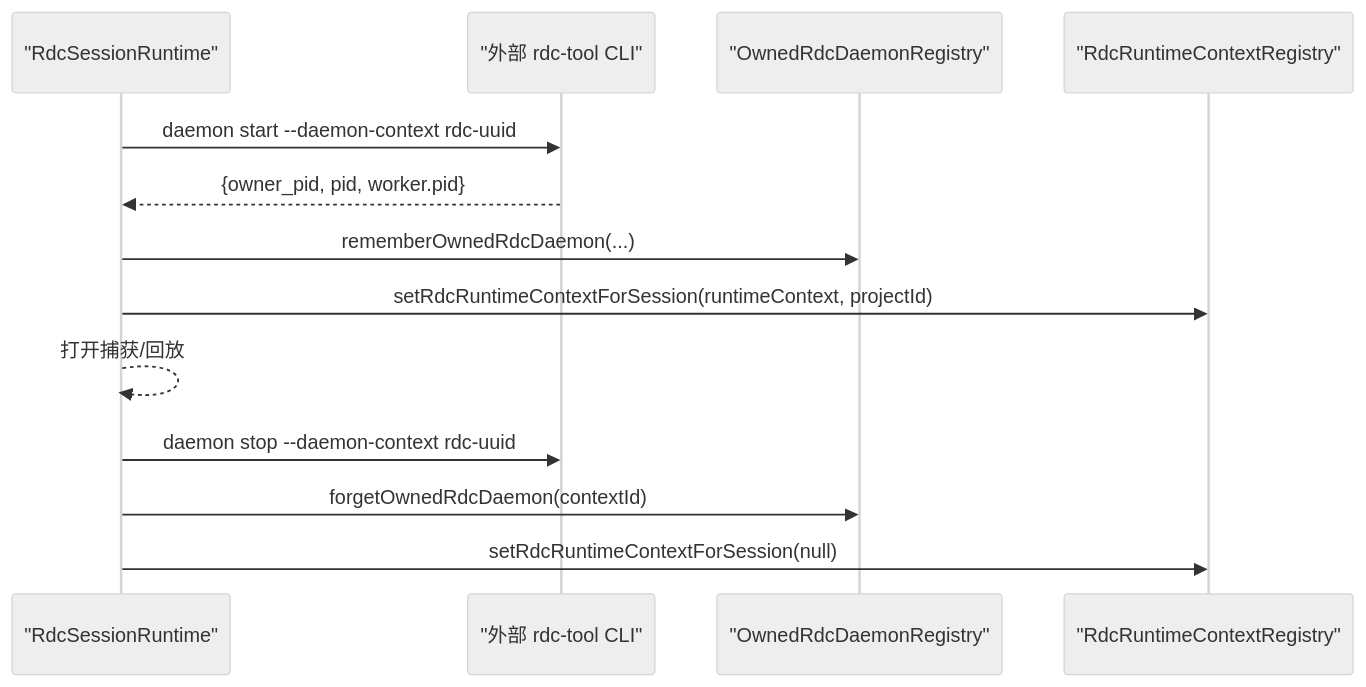
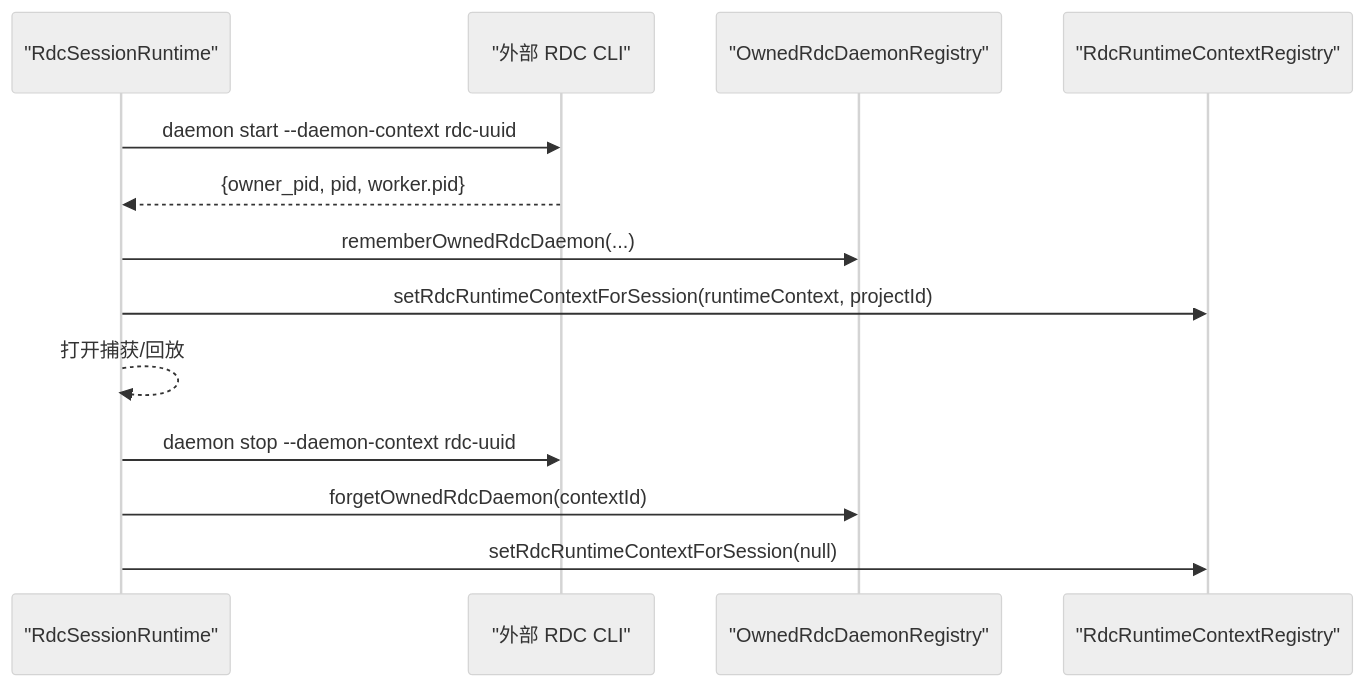
The sixth of 7 diagrams in .qoder/repowiki/zh/content/核心模块/会话管理系统/RDX 守护进程所有权注册表.md (haolange/RDC-Agent), drawn with Mermaid (neutral theme) before and after one commit. The commit also changed other lines of this file and 150 other files, not shown here.

````diff
--- a/.qoder/repowiki/zh/content/核心模块/会话管理系统/RDX 守护进程所有权注册表.md
+++ b/.qoder/repowiki/zh/content/核心模块/会话管理系统/RDX 守护进程所有权注册表.md
@@ -256,15 +259,15 @@
 ```mermaid
 sequenceDiagram
 participant RT as "RdcSessionRuntime"
-participant CLI as "外部 rdc-tool CLI"
+participant CLI as "外部 RDC CLI"
 participant Reg as "OwnedRdcDaemonRegistry"
 participant Lease as "RdcRuntimeContextRegistry"
 RT->>CLI : daemon start --daemon-context rdc-uuid
 CLI-->>RT : {owner_pid, pid, worker.pid}
 RT->>Reg : rememberOwnedRdcDaemon(...)
 RT->>Lease : setRdcRuntimeContextForSession(runtimeContext, projectId)
 RT-->>RT : 打开捕获/回放
 RT->>CLI : daemon stop --daemon-context rdc-uuid
 RT->>Reg : forgetOwnedRdcDaemon(contextId)
 RT->>Lease : setRdcRuntimeContextForSession(null)
 ```
````
